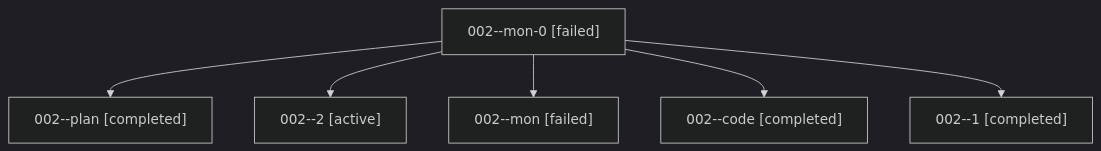
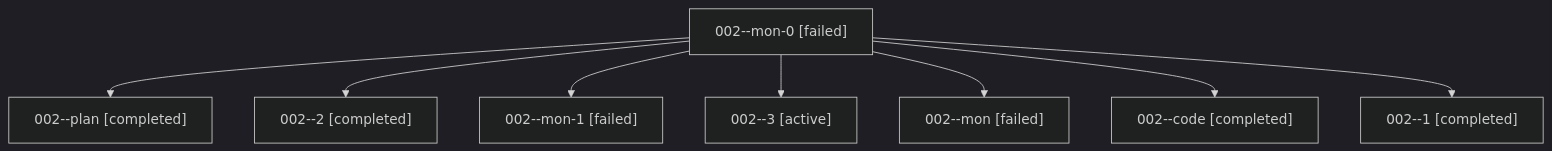
One commit to sase-org/sase--agents changed the diagram in families/bbugyi200.athena.002.md. Above: the diagram before and after it, drawn with Mermaid (dark theme). The commit also changed other lines of this file and 990 other files, not shown here.

````diff
--- a/families/bbugyi200.athena.002.md
+++ b/families/bbugyi200.athena.002.md
@@ -9,14 +9,18 @@
 ```mermaid
 flowchart TD
   n0["002--mon-0 [failed]"]
   n1["002--plan [completed]"]
   n0 --> n1
-  n2["002--2 [active]"]
+  n2["002--2 [completed]"]
   n0 --> n2
-  n3["002--mon [failed]"]
+  n3["002--mon-1 [failed]"]
   n0 --> n3
-  n4["002--code [completed]"]
+  n4["002--3 [active]"]
   n0 --> n4
-  n5["002--1 [completed]"]
+  n5["002--mon [failed]"]
   n0 --> n5
+  n6["002--code [completed]"]
+  n0 --> n6
+  n7["002--1 [completed]"]
+  n0 --> n7
 ```
````
